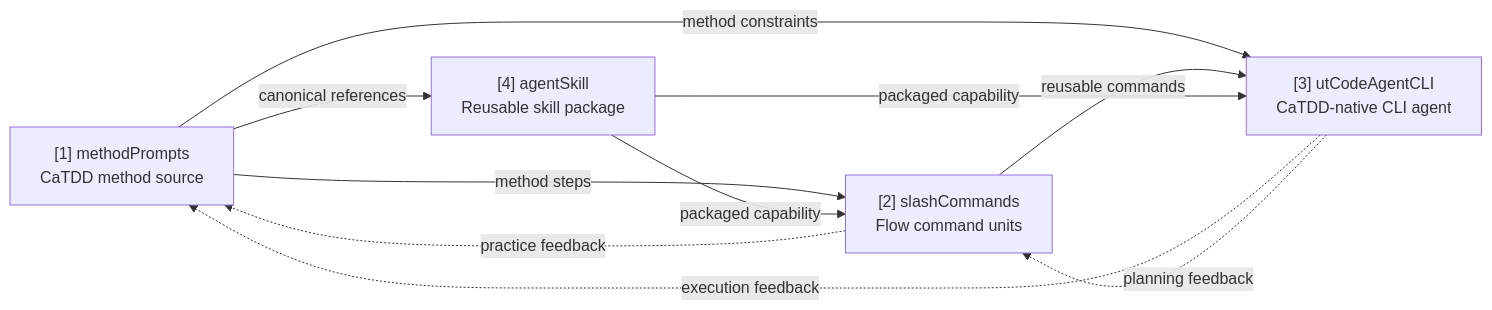
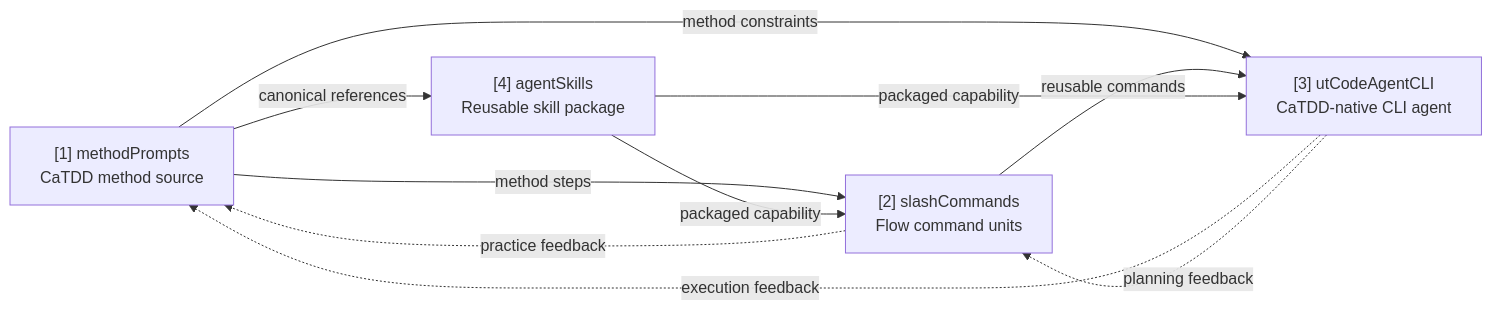
Before and after one commit to EnigmaWU/MyCaTDD: the diagram in README.md, drawn with Mermaid. The commit also changed other lines of this file and 25 other files, not shown here.

First line of the commit message:
refactor: rename agentSkill layer to agentSkills

````diff
--- a/README.md
+++ b/README.md
@@ -29,17 +29,17 @@
 ```mermaid
 flowchart LR
   L1["[1] methodPrompts<br/>CaTDD method source"]
   L2["[2] slashCommands<br/>Flow command units"]
   L3["[3] utCodeAgentCLI<br/>CaTDD-native CLI agent"]
-  L4["[4] agentSkill<br/>Reusable skill package"]
+  L4["[4] agentSkills<br/>Reusable skill package"]
 
   L1 -->|method steps| L2
   L1 -->|method constraints| L3
   L1 -->|canonical references| L4
   L2 -->|reusable commands| L3
   L4 -->|packaged capability| L2
   L4 -->|packaged capability| L3
   L2 -.->|practice feedback| L1
   L3 -.->|execution feedback| L1
   L3 -.->|planning feedback| L2
 ```
````
